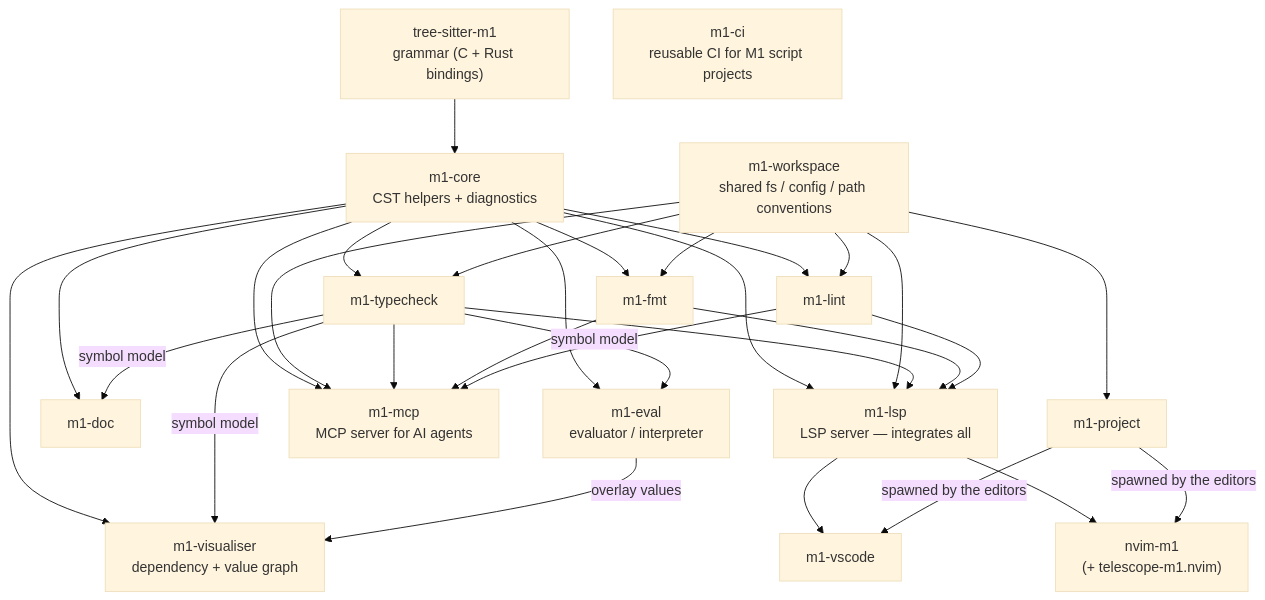
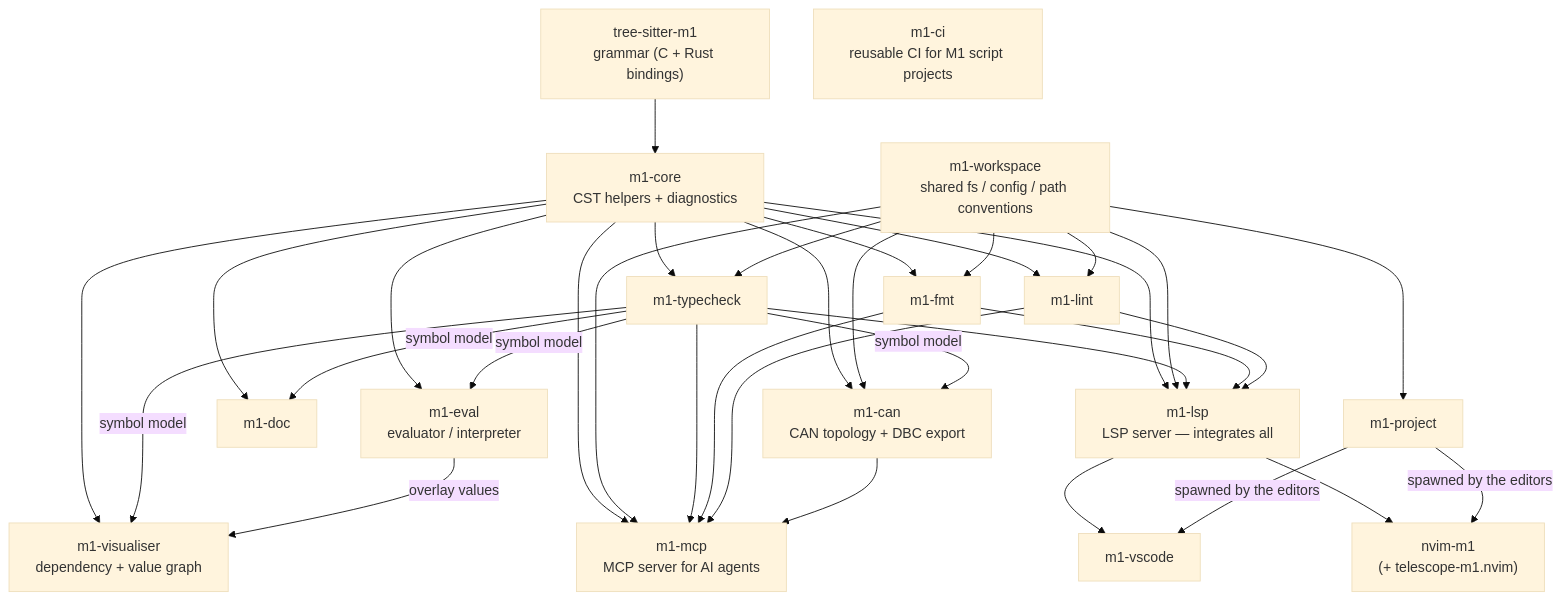
One commit to C-Nucifora/m1-tools changed the diagram in README.md. Above: the diagram before and after it, drawn with Mermaid (base theme). The commit also changed other lines of this file and 4 other files, not shown here.

````diff
--- a/README.md
+++ b/README.md
@@ -73,33 +74,34 @@
 ```mermaid
 %% Arrows point downstream — from a crate to the repos that consume it.
 %% Repos depend on each other via versioned git tags, so a release
 %% propagates down this graph through consumer-bump PRs.
 graph TD
     ts["tree-sitter-m1<br/>grammar (C + Rust bindings)"]
     core["m1-core<br/>CST helpers + diagnostics"]
     ws["m1-workspace<br/>shared fs / config / path conventions"]
     tc["m1-typecheck"]
+    can["m1-can<br/>CAN topology + DBC export"]
     fmt["m1-fmt"]
     lint["m1-lint"]
     proj["m1-project"]
     doc["m1-doc"]
     eval["m1-eval<br/>evaluator / interpreter"]
     vis["m1-visualiser<br/>dependency + value graph"]
     mcp["m1-mcp<br/>MCP server for AI agents"]
     lsp["m1-lsp<br/>LSP server — integrates all"]
     vscode["m1-vscode"]
     nvim["nvim-m1<br/>(+ telescope-m1.nvim)"]
     ci["m1-ci<br/>reusable CI for M1 script projects"]
 
     ts --> core
-    core --> tc & fmt & lint & doc & lsp & mcp & eval & vis
-    ws --> tc & fmt & lint & proj & lsp & mcp
-    tc -->|symbol model| doc & eval & vis
+    core --> tc & fmt & lint & doc & lsp & mcp & eval & vis & can
+    ws --> tc & fmt & lint & proj & lsp & mcp & can
+    tc -->|symbol model| doc & eval & vis & can
     eval -->|overlay values| vis
     tc --> lsp
     fmt --> lsp
     lint --> lsp
-    tc & fmt & lint --> mcp
+    tc & fmt & lint & can --> mcp
     lsp --> vscode & nvim
     proj -->|spawned by the editors| vscode & nvim
 ```
````
